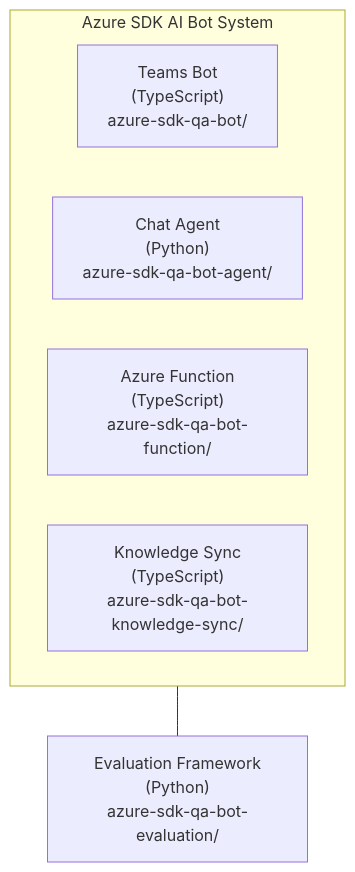
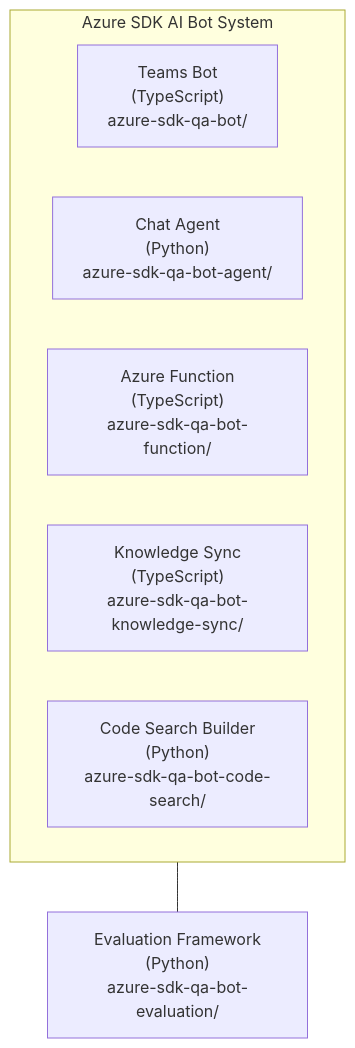
One commit to Azure/azure-sdk-tools changed the diagram in tools/sdk-ai-bots/README.md. Above: the diagram before and after it, drawn with Mermaid. The commit also changed other lines of this file and 42 other files, not shown here.

First line of the commit message:
Add tenant-scoped CocoIndex code search

````diff
--- a/tools/sdk-ai-bots/README.md
+++ b/tools/sdk-ai-bots/README.md
@@ -9,12 +9,13 @@
 ```mermaid
 flowchart TB
     subgraph system["Azure SDK AI Bot System"]
         direction LR
         teams["Teams Bot<br/>(TypeScript)<br/>azure-sdk-qa-bot/"]
         agent["Chat Agent<br/>(Python)<br/>azure-sdk-qa-bot-agent/"]
         func["Azure Function<br/>(TypeScript)<br/>azure-sdk-qa-bot-function/"]
         sync["Knowledge Sync<br/>(TypeScript)<br/>azure-sdk-qa-bot-knowledge-sync/"]
+        code["Code Search Builder<br/>(Python)<br/>azure-sdk-qa-bot-code-search/"]
     end
     eval["Evaluation Framework<br/>(Python)<br/>azure-sdk-qa-bot-evaluation/"]
     system --- eval
 ```
````
